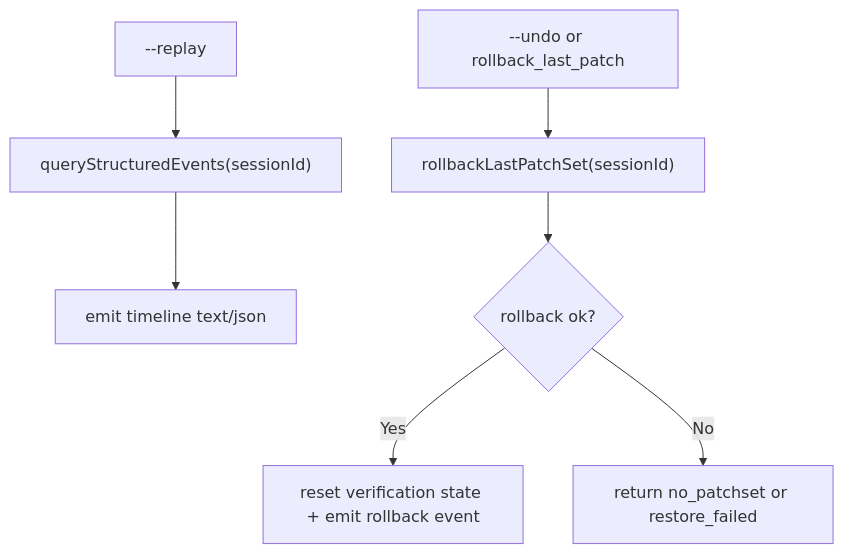
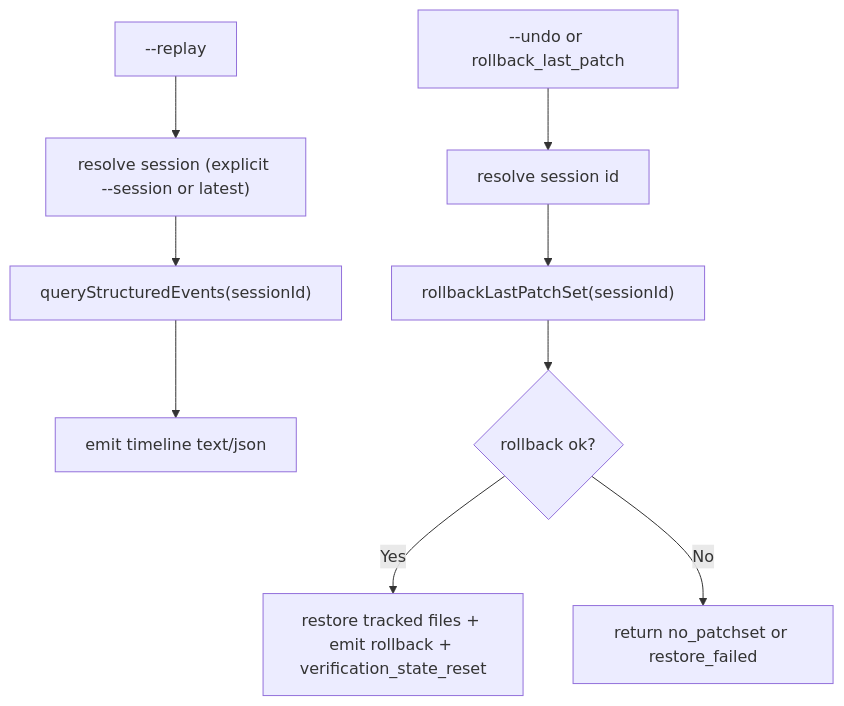
Before and after one commit to arcthur/brewva: the fifth of 5 diagrams in docs/architecture/control-and-data-flow.md, drawn with Mermaid. The commit also changed other lines of this file and 15 other files, not shown here.

````diff
--- a/docs/architecture/control-and-data-flow.md
+++ b/docs/architecture/control-and-data-flow.md
@@ -53,9 +74,12 @@
 ```mermaid
 flowchart TD
-  A["--replay"] --> B["queryStructuredEvents(sessionId)"] --> C["emit timeline text/json"]
+  A["--replay"] --> B["resolve session (explicit --session or latest)"]
+  B --> C["queryStructuredEvents(sessionId)"]
+  C --> D["emit timeline text/json"]
 
-  D["--undo or rollback_last_patch"] --> E["rollbackLastPatchSet(sessionId)"]
-  E --> F{"rollback ok?"}
-  F -->|Yes| G["reset verification state + emit rollback event"]
-  F -->|No| H["return no_patchset or restore_failed"]
+  U["--undo or rollback_last_patch"] --> V["resolve session id"]
+  V --> W["rollbackLastPatchSet(sessionId)"]
+  W --> X{"rollback ok?"}
+  X -->|Yes| Y["restore tracked files + emit rollback + verification_state_reset"]
+  X -->|No| Z["return no_patchset or restore_failed"]
 ```
````
